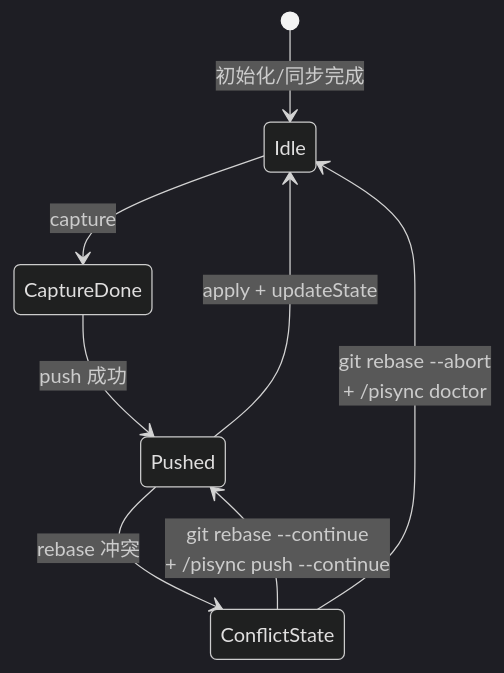
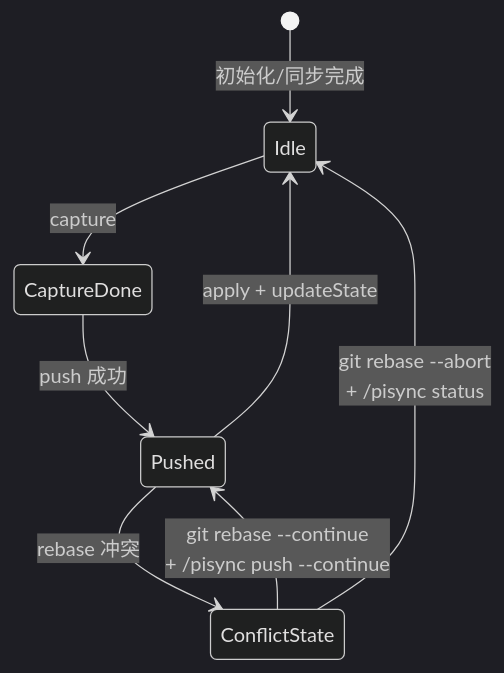
The third of 12 diagrams in docs/architecture.md (jachy-h/pi-git-sync), drawn with Mermaid (dark theme) before and after one commit. The commit also changed other lines of this file and 20 other files, not shown here.

````diff
--- a/docs/architecture.md
+++ b/docs/architecture.md
@@ -337,10 +334,10 @@
 ```mermaid
 stateDiagram-v2
     [*] --> Idle: 初始化/同步完成
     Idle --> CaptureDone: capture
     CaptureDone --> Pushed: push 成功
     Pushed --> Idle: apply + updateState
     Pushed --> ConflictState: rebase 冲突
     ConflictState --> Pushed: git rebase --continue<br/>+ /pisync push --continue
-    ConflictState --> Idle: git rebase --abort<br/>+ /pisync doctor
+    ConflictState --> Idle: git rebase --abort<br/>+ /pisync status
 ```
````
